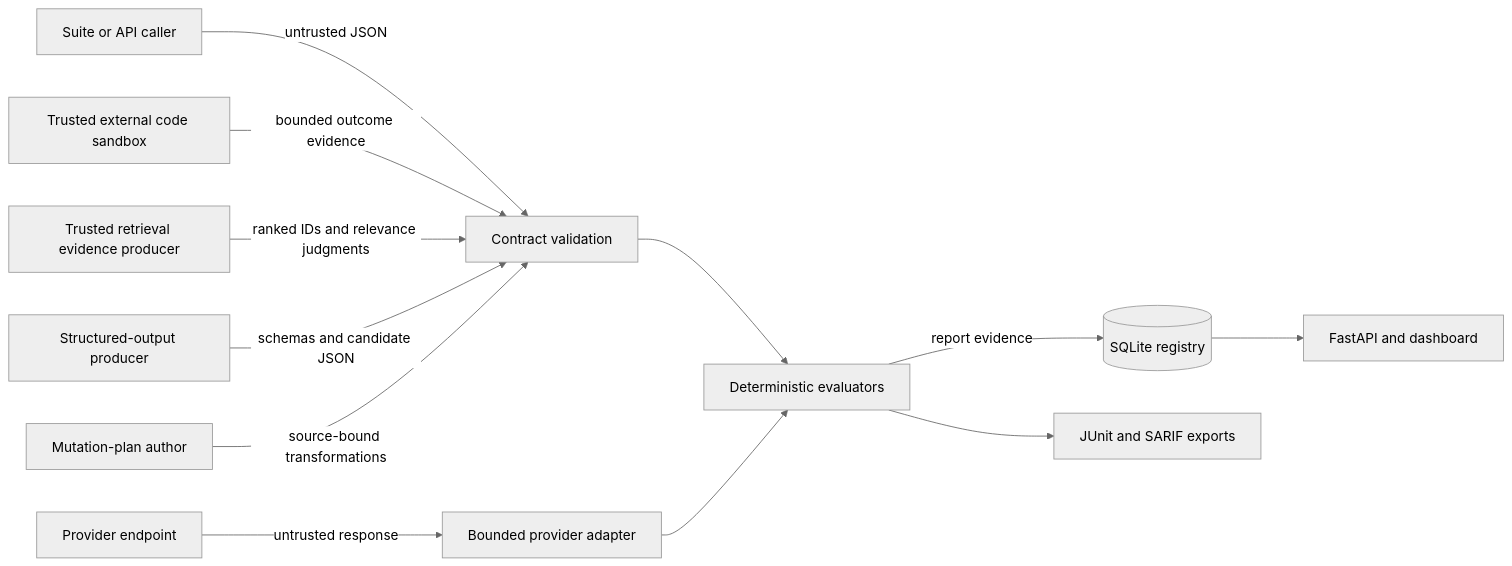
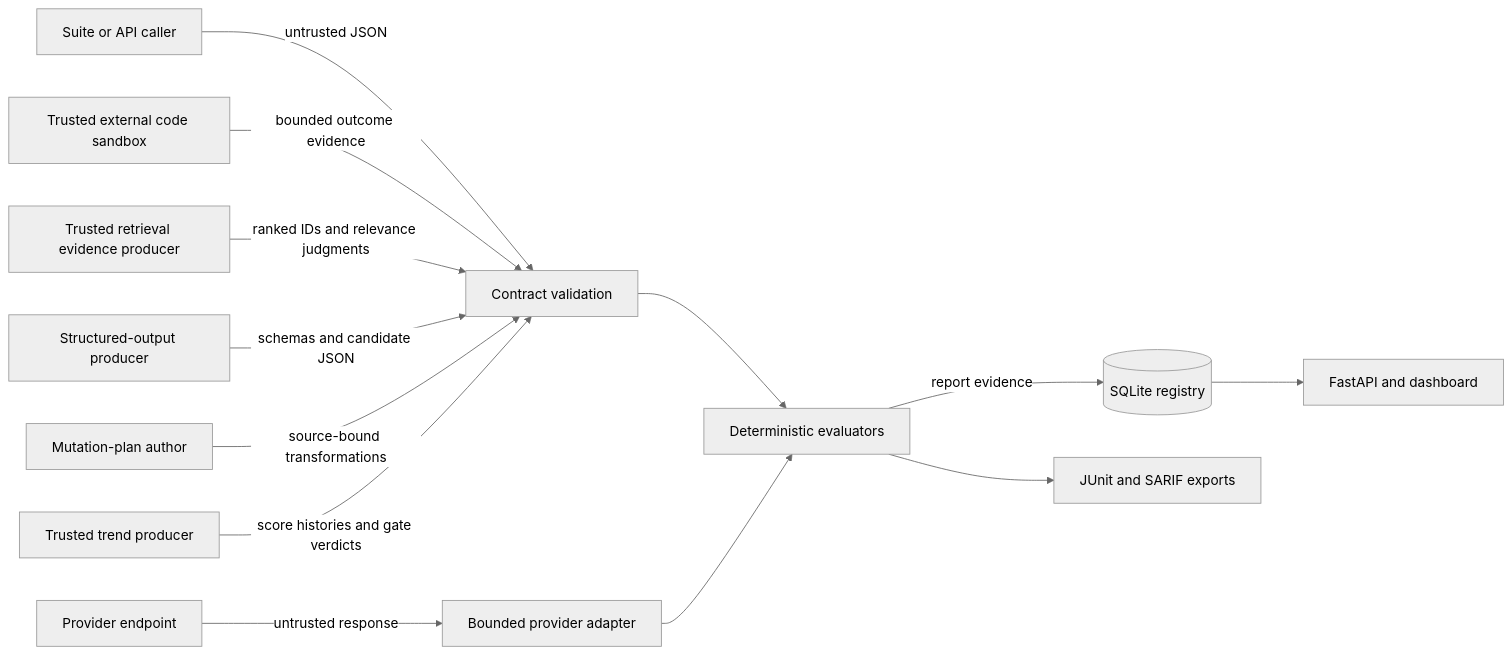
Before and after one commit to navaneeth9908/evalforge: the diagram in docs/threat-model.md, drawn with Mermaid (neutral theme). The commit also changed other lines of this file and 13 other files, not shown here.

````diff
--- a/docs/threat-model.md
+++ b/docs/threat-model.md
@@ -34,14 +35,15 @@
 ```mermaid
 flowchart LR
     U[Suite or API caller] -->|untrusted JSON| V[Contract validation]
     V --> E[Deterministic evaluators]
     P[Provider endpoint] -->|untrusted response| A[Bounded provider adapter]
     A --> E
     E -->|report evidence| S[(SQLite registry)]
     S --> API[FastAPI and dashboard]
     E --> CI[JUnit and SARIF exports]
     H[Trusted external code sandbox] -->|bounded outcome evidence| V
     R[Trusted retrieval evidence producer] -->|ranked IDs and relevance judgments| V
     J[Structured-output producer] -->|schemas and candidate JSON| V
     M[Mutation-plan author] -->|source-bound transformations| V
+    T[Trusted trend producer] -->|score histories and gate verdicts| V
 ```
````
